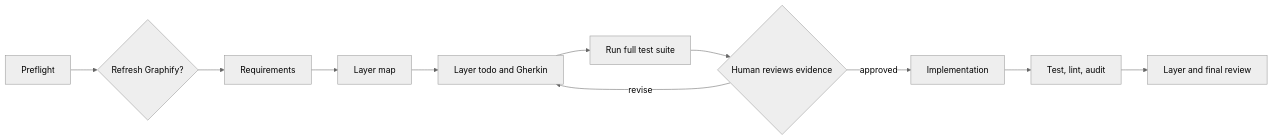
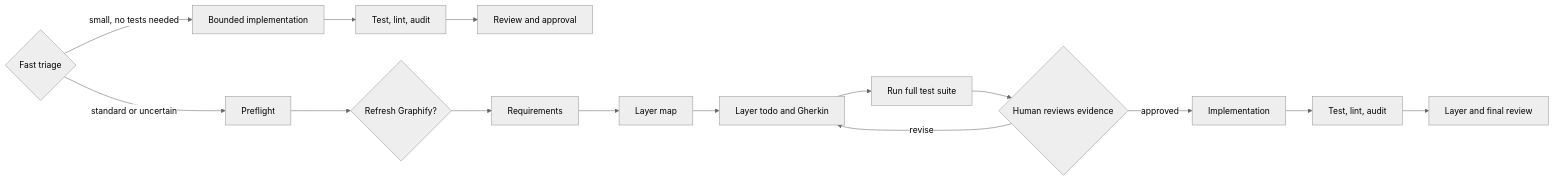
The first of 2 diagrams in docs/guide.md (cdespona/conductor-layered-tdd), drawn with Mermaid (neutral theme) before and after one commit. The commit also changed other lines of this file and 9 other files, not shown here.

Commit message:
feat: add bounded fast path to layered TDD

````diff
--- a/docs/guide.md
+++ b/docs/guide.md
@@ -30,13 +30,16 @@
 ```mermaid
 flowchart LR
-    P["Preflight"] --> Graphify{"Refresh Graphify?"}
+    T{"Fast triage"} -->|"small, no tests needed"| FI["Bounded implementation"]
+    FI --> FV["Test, lint, audit"] --> FR["Review and approval"]
+    T -->|"standard or uncertain"| P["Preflight"]
+    P --> Graphify{"Refresh Graphify?"}
     Graphify --> R["Requirements"]
     R --> M["Layer map"]
-    M --> T["Layer todo and Gherkin"]
-    T --> S["Run full test suite"]
+    M --> LT["Layer todo and Gherkin"]
+    LT --> S["Run full test suite"]
     S --> ReviewGate{"Human reviews evidence"}
     ReviewGate -->|"approved"| I["Implementation"]
-    ReviewGate -->|"revise"| T
+    ReviewGate -->|"revise"| LT
     I --> V["Test, lint, audit"]
     V --> F["Layer and final review"]
 ```
````
